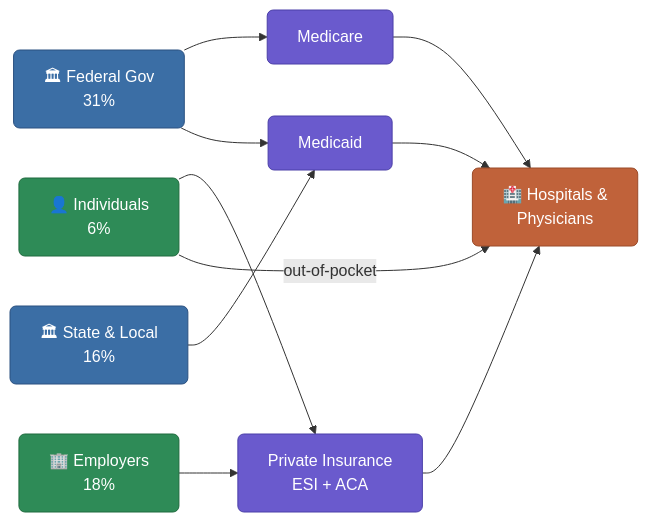
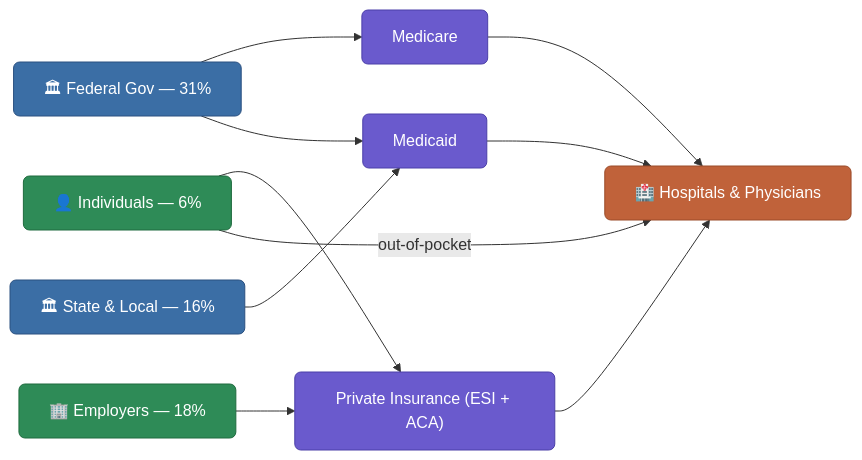
Before and after one commit to Poley77/Quartz: the diagram in content/overview.md, drawn with Mermaid.

Commit message:
Fix Mermaid line break rendering in overview diagram

````diff
--- a/content/overview.md
+++ b/content/overview.md
@@ -37,29 +37,29 @@
 ```mermaid
 flowchart LR
     classDef gov fill:#3b6ea5,stroke:#2a5080,color:#fff,rx:6
     classDef private fill:#2e8b57,stroke:#1f6b3e,color:#fff,rx:6
     classDef program fill:#6a5acd,stroke:#4b3fa8,color:#fff,rx:6
     classDef provider fill:#c0623a,stroke:#9a4a28,color:#fff,rx:6
 
-    Fed["🏛 Federal Gov\n31%"]:::gov
-    State["🏛 State & Local\n16%"]:::gov
-    Emp["🏢 Employers\n18%"]:::private
-    Ind["👤 Individuals\n6%"]:::private
+    Fed["🏛 Federal Gov — 31%"]:::gov
+    State["🏛 State & Local — 16%"]:::gov
+    Emp["🏢 Employers — 18%"]:::private
+    Ind["👤 Individuals — 6%"]:::private
 
     Medicare["Medicare"]:::program
     Medicaid["Medicaid"]:::program
-    Private["Private Insurance\nESI + ACA"]:::program
+    Private["Private Insurance (ESI + ACA)"]:::program
 
-    Providers["🏥 Hospitals &\nPhysicians"]:::provider
+    Providers["🏥 Hospitals & Physicians"]:::provider
 
     Fed --> Medicare
     Fed --> Medicaid
     State --> Medicaid
     Emp --> Private
     Ind --> Private
     Ind -->|out-of-pocket| Providers
 
     Medicare --> Providers
     Medicaid --> Providers
     Private --> Providers
 ```
````
